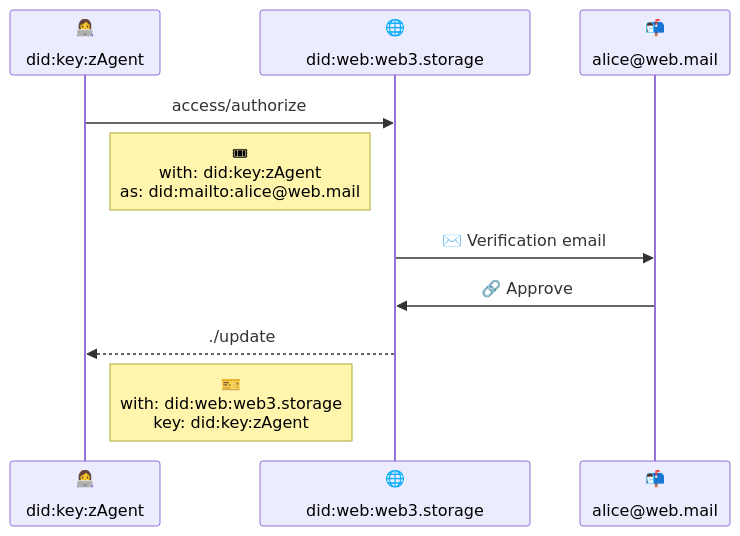
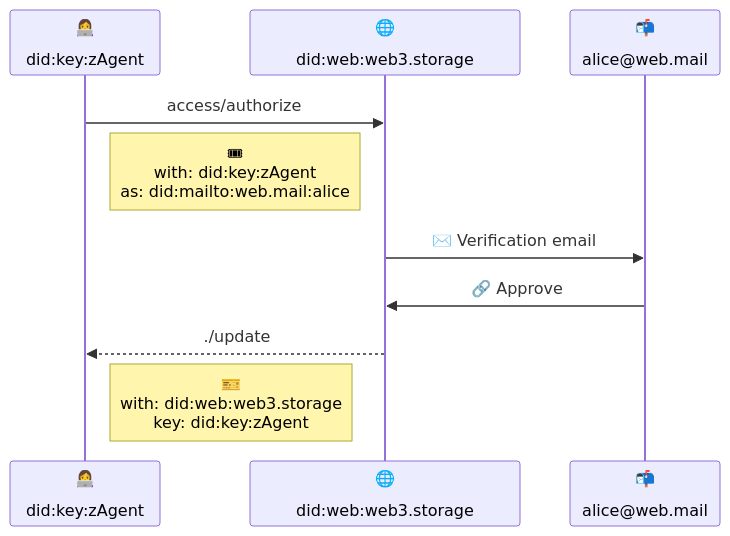
The diagram in w3-account.md (storacha/specs), drawn with Mermaid before and after one commit. The commit also changed other lines of this file, not shown here.

First line of the commit message:
fix: did:mailto format per DID-core spec

````diff
--- a/w3-account.md
+++ b/w3-account.md
@@ -36,13 +36,13 @@
 ```mermaid
 sequenceDiagram
   participant Agent as 👩‍💻<br/><br/>did:key:zAgent
   participant W3 as 🌐<br/><br/>did:web:web3.storage #32;
   participant Email as 📬<br/><br/>alice@web.mail
 
   Agent ->> W3: access/authorize
-  Note right of Agent:🎟<br/>with: did:key:zAgent<br/>as: did:mailto:alice@web.mail
+  Note right of Agent:🎟<br/>with: did:key:zAgent<br/>as: did:mailto:web.mail:alice
   W3 ->> Email: ✉️ Verification email
   Email ->> W3: 🔗 Approve
   W3 -->> Agent: ./update
     Note right of Agent:🎫<br/>with: did:web:web3.storage<br/>key: did:key:zAgent
 ```
````
